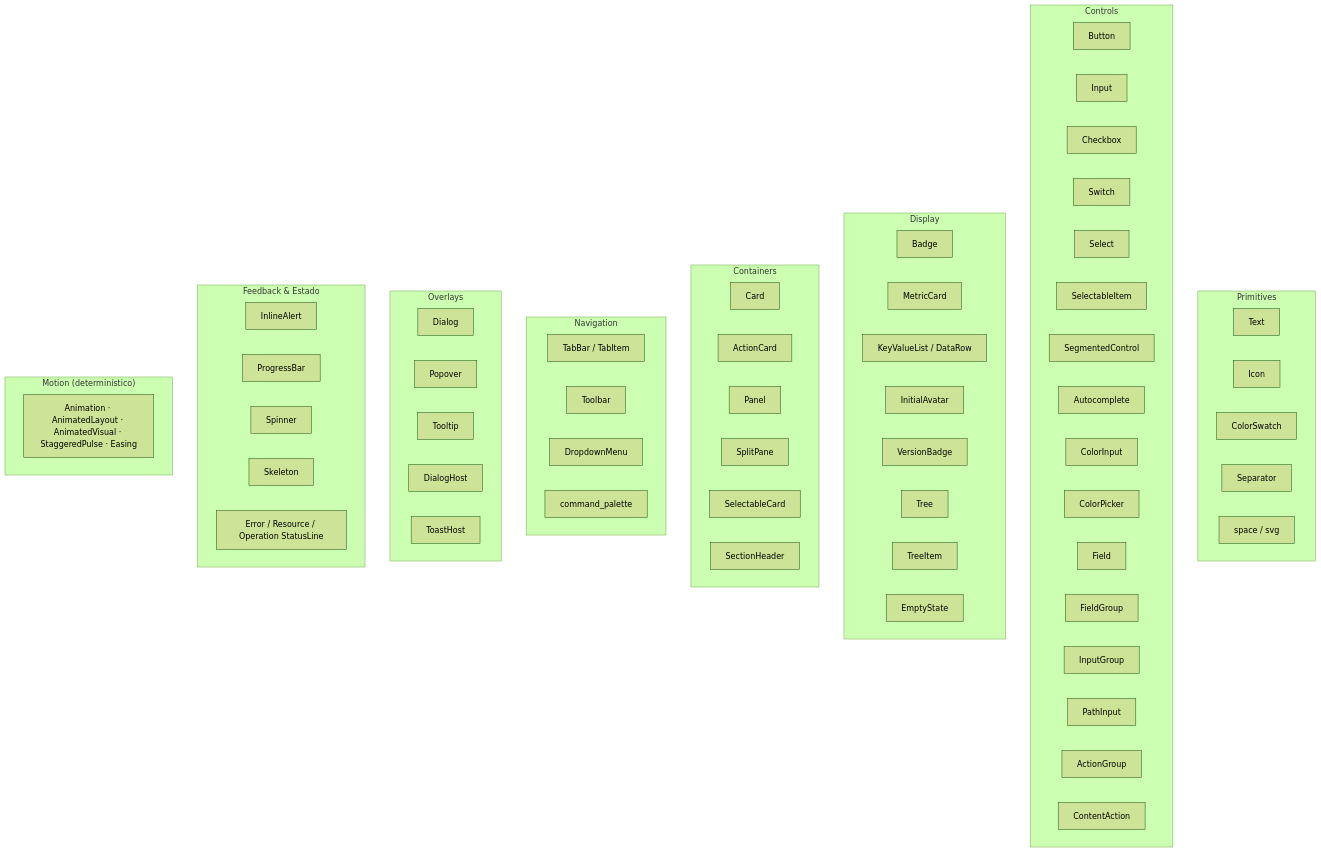
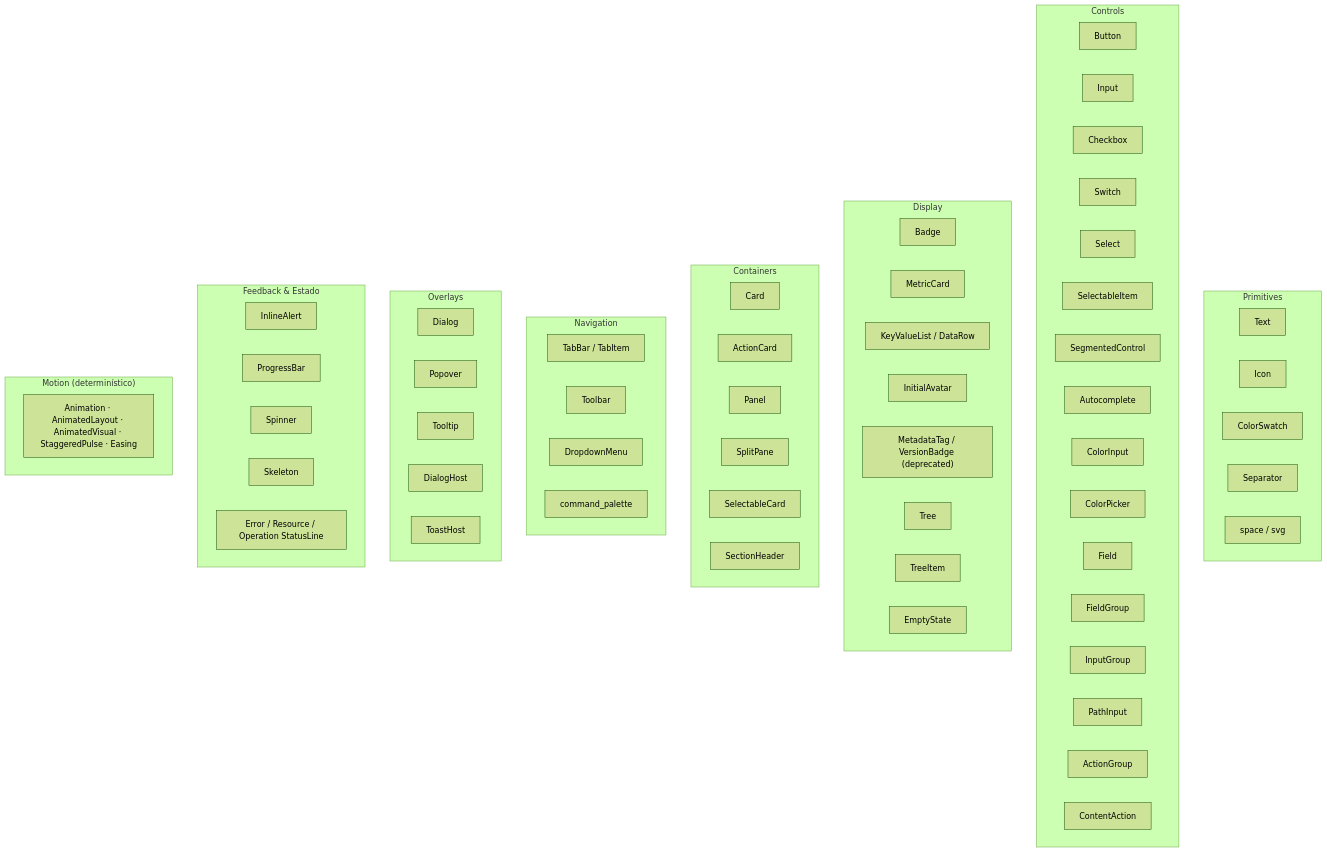
Before and after one commit to JirlanSouza/nive: the third of 3 diagrams in docs/architecture/design-system.md, drawn with Mermaid (forest theme). The commit also changed other lines of this file and 3 other files, not shown here.

````diff
--- a/docs/architecture/design-system.md
+++ b/docs/architecture/design-system.md
@@ -258,70 +283,70 @@
 ```mermaid
 flowchart TB
     subgraph primitives["Primitives"]
         Text
         Icon
         ColorSwatch
         Separator
         SpaceSvg["space / svg"]
     end
     subgraph controls["Controls"]
         Button
         Input
         Checkbox
         Switch
         Select
         SelectableItem
         SegmentedControl
         Autocomplete
         ColorInput
         ColorPicker
         Field
         FieldGroup
         InputGroup
         PathInput
         ActionGroup
         ContentAction
     end
     subgraph display["Display"]
         Badge
         MetricCard
         KeyValueList["KeyValueList / DataRow"]
         InitialAvatar
-        VersionBadge
+        MetadataTag["MetadataTag / VersionBadge (deprecated)"]
         Tree
         TreeItem
         EmptyState
     end
     subgraph containers["Containers"]
         Card
         ActionCard
         Panel
         SplitPane
         SelectableCard
         SectionHeader
     end
     subgraph navigation["Navigation"]
         Tabs["TabBar / TabItem"]
         Toolbar
         DropdownMenu
         CommandPalette["command_palette"]
     end
     subgraph overlays["Overlays"]
         Dialog
         Popover
         Tooltip
         DialogHost
         ToastHost
     end
     subgraph feedback["Feedback & Estado"]
         InlineAlert
         ProgressBar
         Spinner
         Skeleton
         EmptyState
         StatusLines["Error / Resource / Operation StatusLine"]
     end
     subgraph motion["Motion (determinístico)"]
         Animation["Animation · AnimatedLayout · AnimatedVisual · StaggeredPulse · Easing"]
     end
 ```
````
